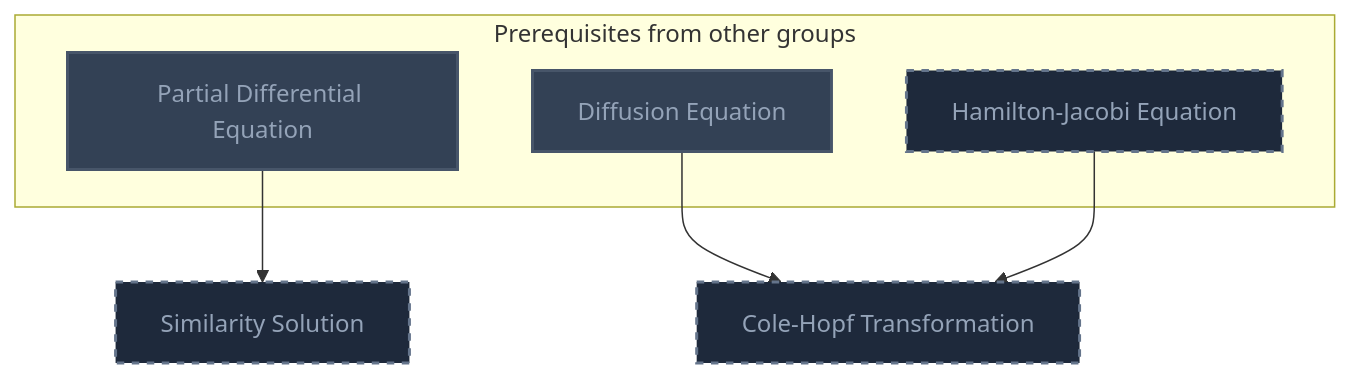
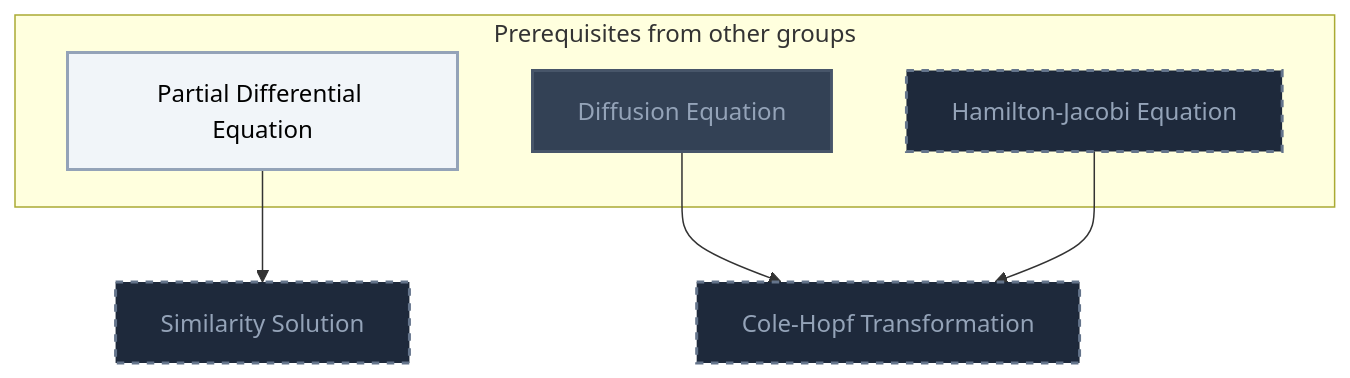
Before and after one commit to MRauf1/My-Notes: diagram 17 of 25 in Gamification/Skill Trees/Partial Differential Equations.md, drawn with Mermaid. The commit also changed other lines of this file and 145 other files, not shown here.

````diff
--- a/Gamification/Skill Trees/Partial Differential Equations.md
+++ b/Gamification/Skill Trees/Partial Differential Equations.md
@@ -933,25 +952,26 @@
 ```mermaid
 flowchart TD
     classDef planned fill:#1E293B,stroke:#64748B,stroke-width:2px,stroke-dasharray:5 5,color:#94A3B8;
     classDef locked fill:#334155,stroke:#475569,stroke-width:2px,color:#94A3B8;
     classDef L0 fill:#F1F5F9,stroke:#94A3B8,stroke-width:2px,color:#000000;
     classDef L1 fill:#22C55E,stroke:#15803D,stroke-width:2px,color:#000000;
     classDef L2 fill:#3B82F6,stroke:#1D4ED8,stroke-width:3px,color:#FFFFFF;
     classDef L3 fill:#A855F7,stroke:#6B21A8,stroke-width:3px,color:#FFFFFF,font-weight:bold;
     classDef L4 fill:#F97316,stroke:#C2410C,stroke-width:4px,color:#000000,font-weight:bold;
     classDef L5 fill:#FFD700,stroke:#FF8C00,stroke-width:5px,color:#000000,font-weight:bold;
     classDef rusty stroke:#8B4513,stroke-width:4px,stroke-dasharray:3 3;
     subgraph sg_prereqs["Prerequisites from other groups"]
         n_partial_differential_equation["Partial Differential Equation"]
         n_diffusion_equation["Diffusion Equation"]
         n_hamilton_jacobi_equation["Hamilton-Jacobi Equation"]
     end
     n_similarity_solution["Similarity Solution"]
     n_cole_hopf_transformation["Cole-Hopf Transformation"]
     n_partial_differential_equation --> n_similarity_solution
     n_diffusion_equation --> n_cole_hopf_transformation
     n_hamilton_jacobi_equation --> n_cole_hopf_transformation
     class n_hamilton_jacobi_equation,n_similarity_solution,n_cole_hopf_transformation planned;
-    class n_partial_differential_equation,n_diffusion_equation locked;
+    class n_diffusion_equation locked;
+    class n_partial_differential_equation L0;
     class n_partial_differential_equation,n_diffusion_equation internal-link;
 ```
````
